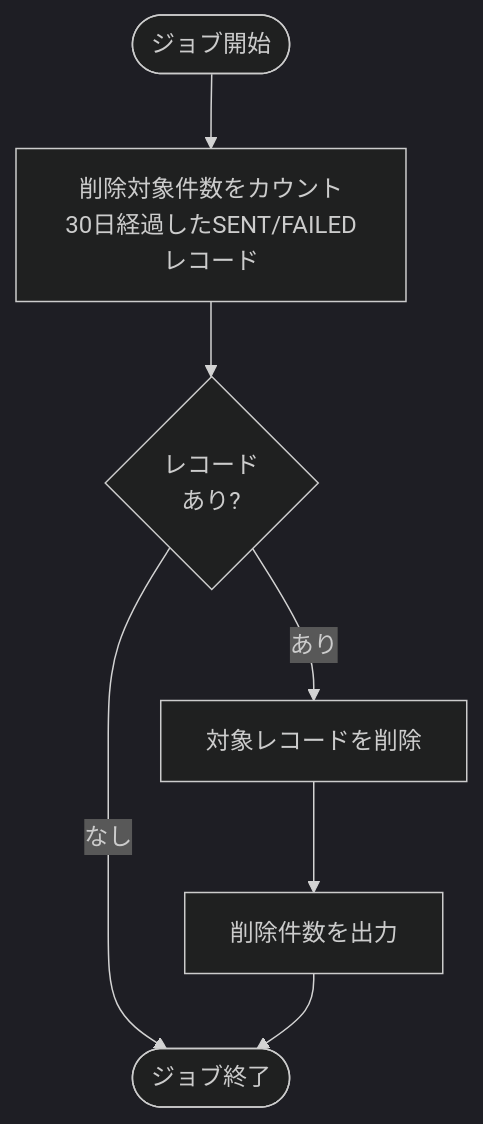
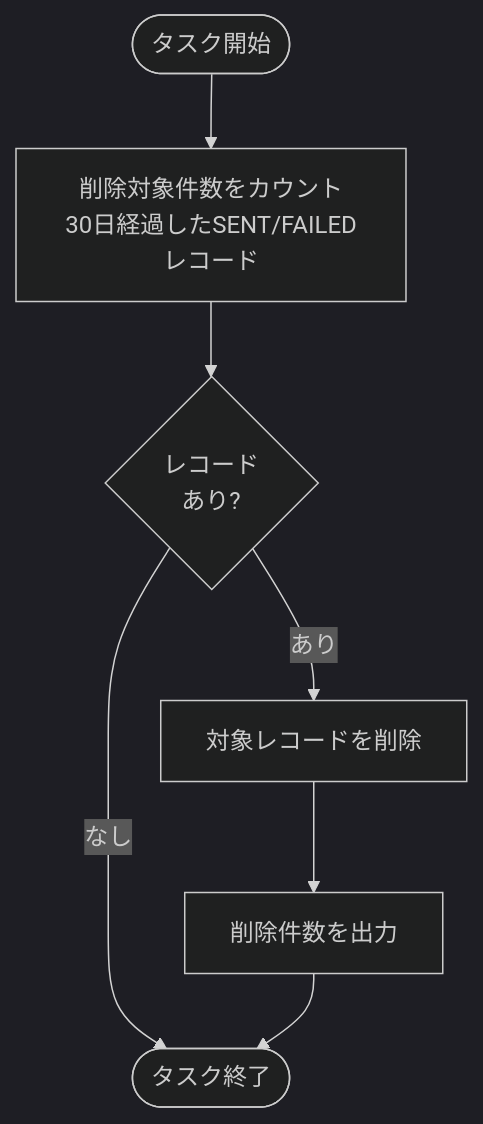
One commit to NSW-SVCP-AIWG002/Databricks-IoT changed the first of 5 diagrams in docs/03-features/batch/oltp-cleanup/job-specification.md. Above: the diagram before and after it, drawn with Mermaid (dark theme). The commit also changed other lines of this file and 3 other files, not shown here.

````diff
--- a/docs/03-features/batch/oltp-cleanup/job-specification.md
+++ b/docs/03-features/batch/oltp-cleanup/job-specification.md
@@ -79,9 +159,9 @@
 ```mermaid
 flowchart TD
-    Start([ジョブ開始]) --> Count[削除対象件数をカウント<br>30日経過したSENT/FAILEDレコード]
+    Start([タスク開始]) --> Count[削除対象件数をカウント<br>30日経過したSENT/FAILEDレコード]
     Count --> Check{レコード<br>あり?}
-    Check -->|なし| End([ジョブ終了])
+    Check -->|なし| End([タスク終了])
     Check -->|あり| Delete[対象レコードを削除]
     Delete --> Log[削除件数を出力]
     Log --> End
 ```
````
